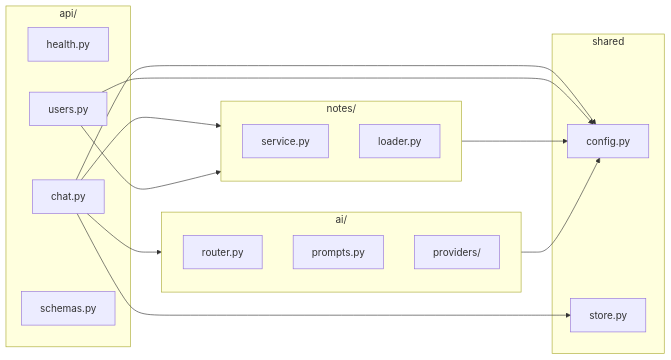
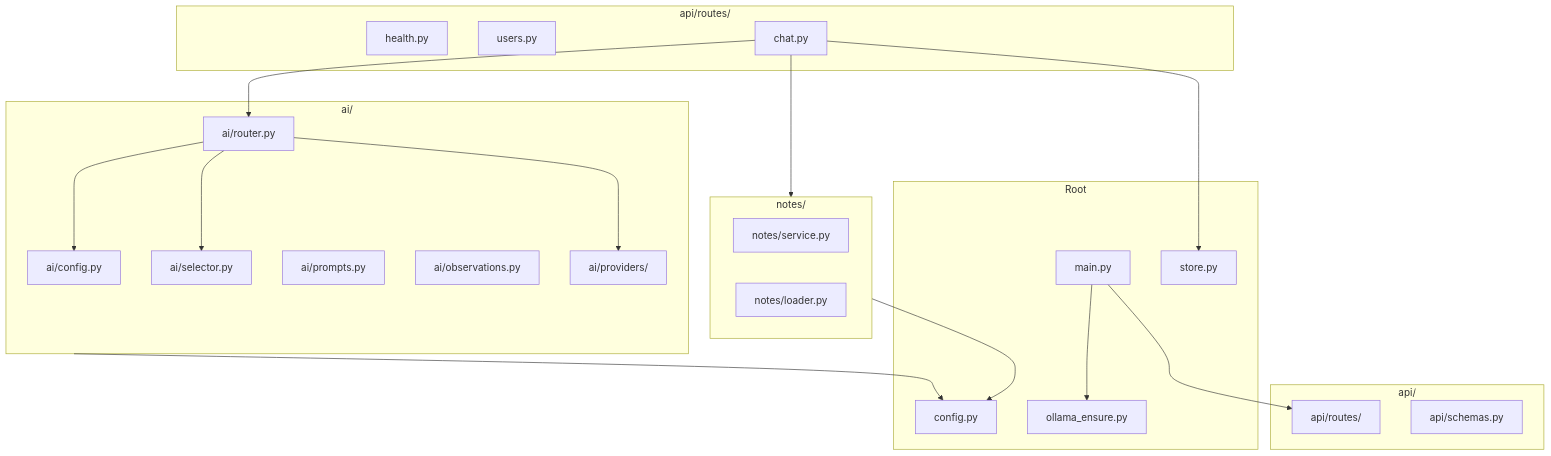
The fourth of 6 diagrams in docs/ARCHITECTURE.md (StevenGann/Gregory), drawn with Mermaid before and after one commit. The commit also changed other lines of this file and 28 other files, not shown here.

````diff
--- a/docs/ARCHITECTURE.md
+++ b/docs/ARCHITECTURE.md
@@ -74,34 +122,45 @@
 ```mermaid
-flowchart LR
+flowchart TB
     subgraph api [api/]
+        routes[api/routes/]
+        schemas[api/schemas.py]
+    end
+
+    subgraph routes_detail [api/routes/]
         health[health.py]
         users[users.py]
         chat[chat.py]
-        schemas[schemas.py]
     end
 
     subgraph ai [ai/]
-        router[router.py]
-        prompts[prompts.py]
-        providers[providers/]
+        config_ai[ai/config.py]
+        router[ai/router.py]
+        selector[ai/selector.py]
+        prompts[ai/prompts.py]
+        observations[ai/observations.py]
+        providers[ai/providers/]
     end
 
     subgraph notes [notes/]
-        service[service.py]
-        loader[loader.py]
+        service[notes/service.py]
+        loader[notes/loader.py]
     end
 
-    subgraph shared [shared]
+    subgraph root [Root]
+        main[main.py]
         config[config.py]
         store[store.py]
+        ollama_ensure[ollama_ensure.py]
     end
 
-    chat --> config
+    main --> routes
+    chat --> router
     chat --> notes
-    chat --> ai
     chat --> store
-    users --> notes
-    users --> config
+    router --> config_ai
+    router --> selector
+    router --> providers
+    main --> ollama_ensure
     notes --> config
     ai --> config
 ```
````
